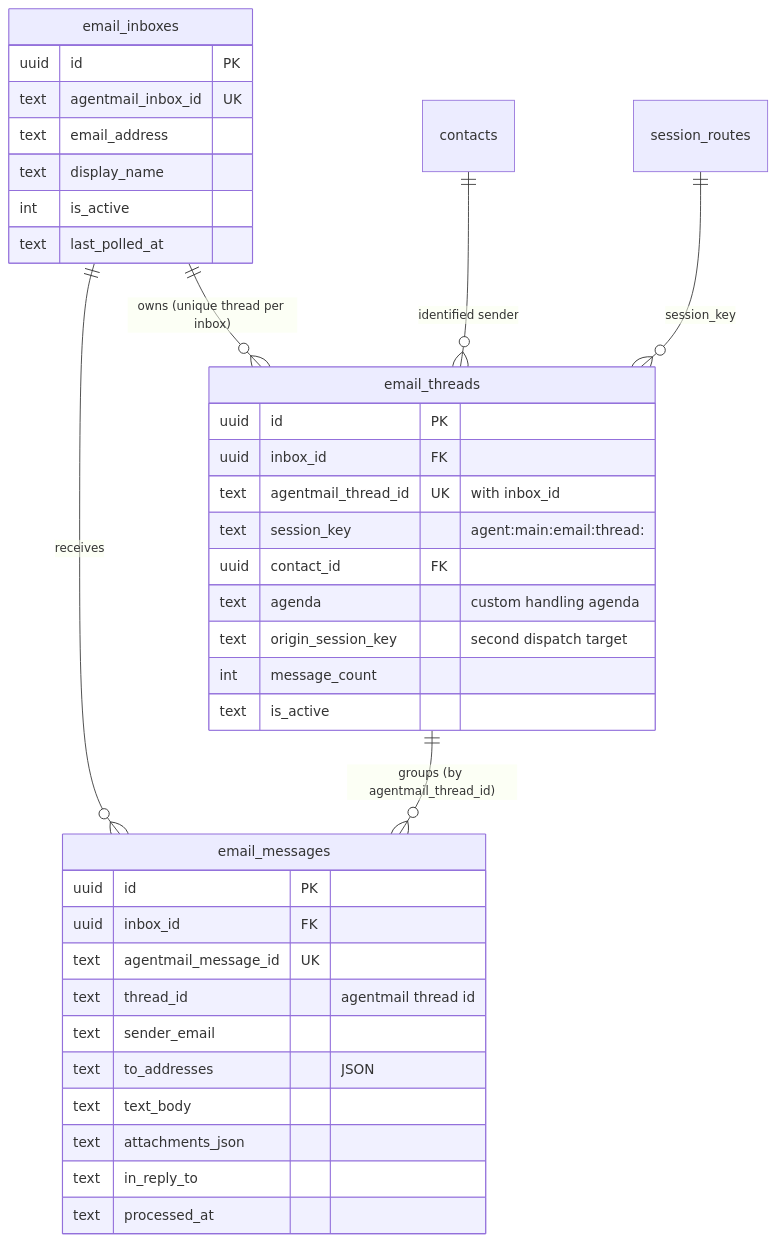
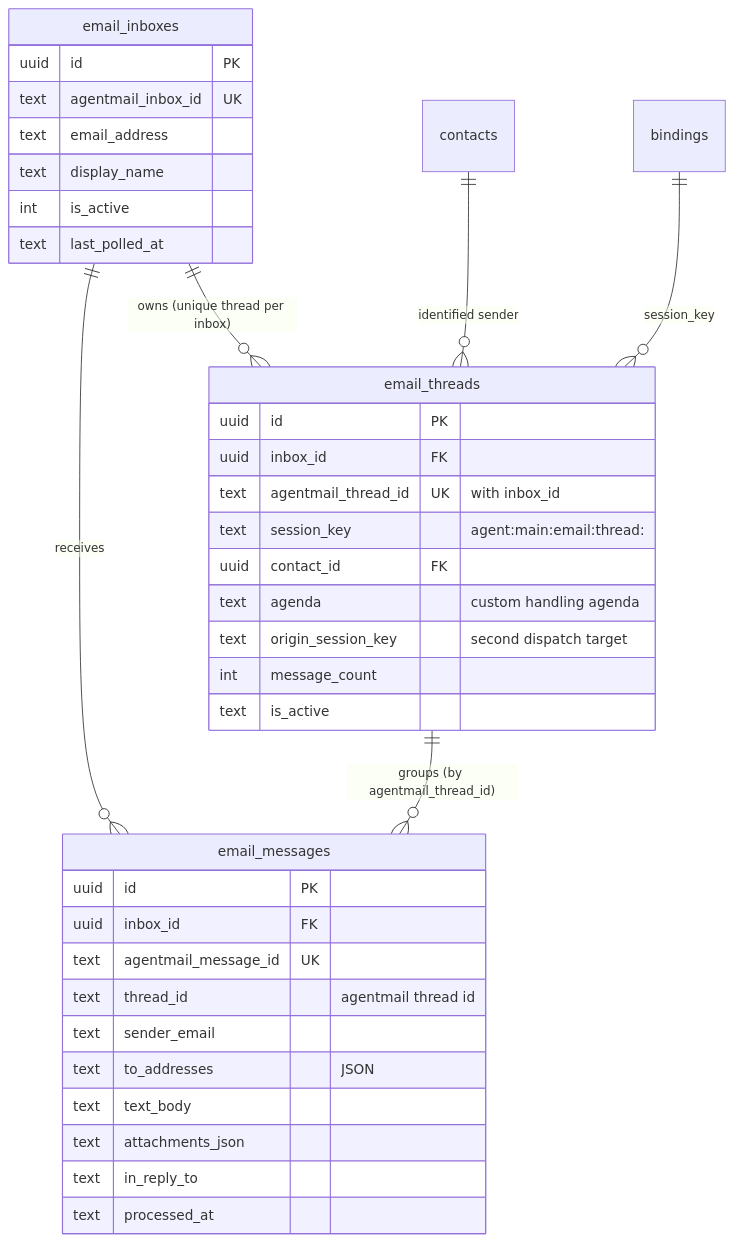
One commit to mike-crabcat/bob changed the sixth of 10 diagrams in docs/datamodel.md. Above: the diagram before and after it, drawn with Mermaid. The commit also changed other lines of this file and 25 other files, not shown here.

First line of the commit message:
Increment 4 complete: drop session_routes; bindings own routing

````diff
--- a/docs/datamodel.md
+++ b/docs/datamodel.md
@@ -363,40 +354,40 @@
 ```mermaid
 erDiagram
     email_inboxes ||--o{ email_messages : "receives"
     email_inboxes ||--o{ email_threads : "owns (unique thread per inbox)"
     email_threads ||--o{ email_messages : "groups (by agentmail_thread_id)"
     contacts ||--o{ email_threads : "identified sender"
-    session_routes ||--o{ email_threads : "session_key"
+    bindings ||--o{ email_threads : "session_key"
 
     email_inboxes {
         uuid id PK
         text agentmail_inbox_id UK
         text email_address
         text display_name
         int is_active
         text last_polled_at
     }
     email_messages {
         uuid id PK
         uuid inbox_id FK
         text agentmail_message_id UK
         text thread_id "agentmail thread id"
         text sender_email
         text to_addresses "JSON"
         text text_body
         text attachments_json
         text in_reply_to
         text processed_at
     }
     email_threads {
         uuid id PK
         uuid inbox_id FK
         text agentmail_thread_id UK "with inbox_id"
         text session_key "agent:main:email:thread:<id>"
         uuid contact_id FK
         text agenda "custom handling agenda"
         text origin_session_key "second dispatch target"
         int message_count
         text is_active
     }
 ```
````
